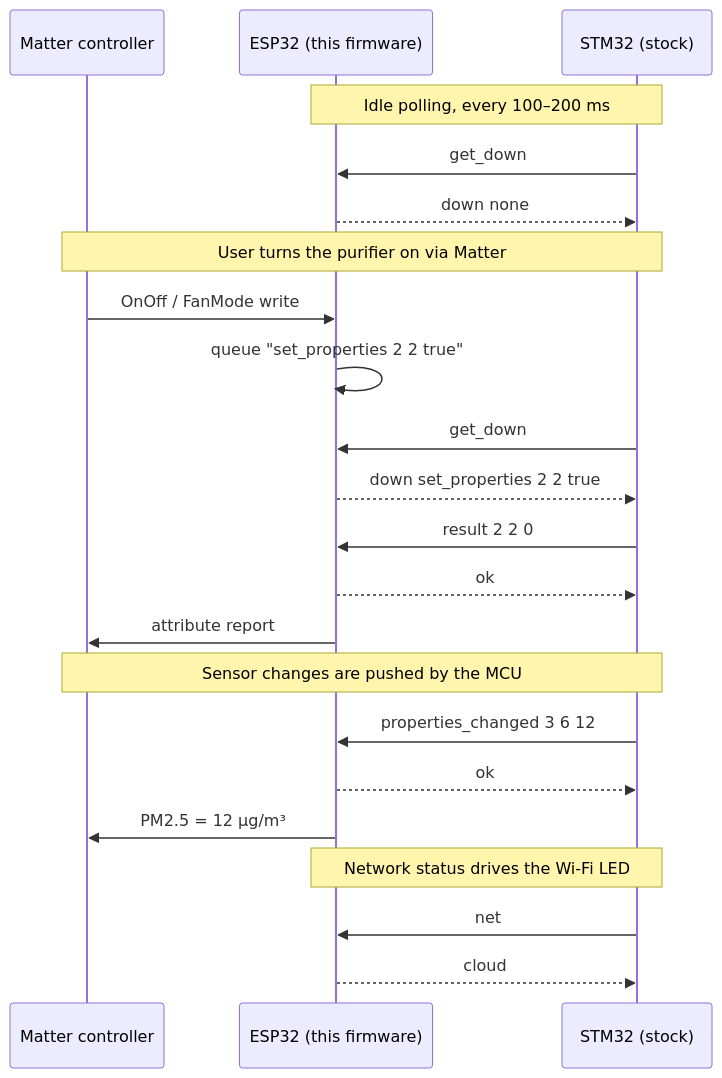
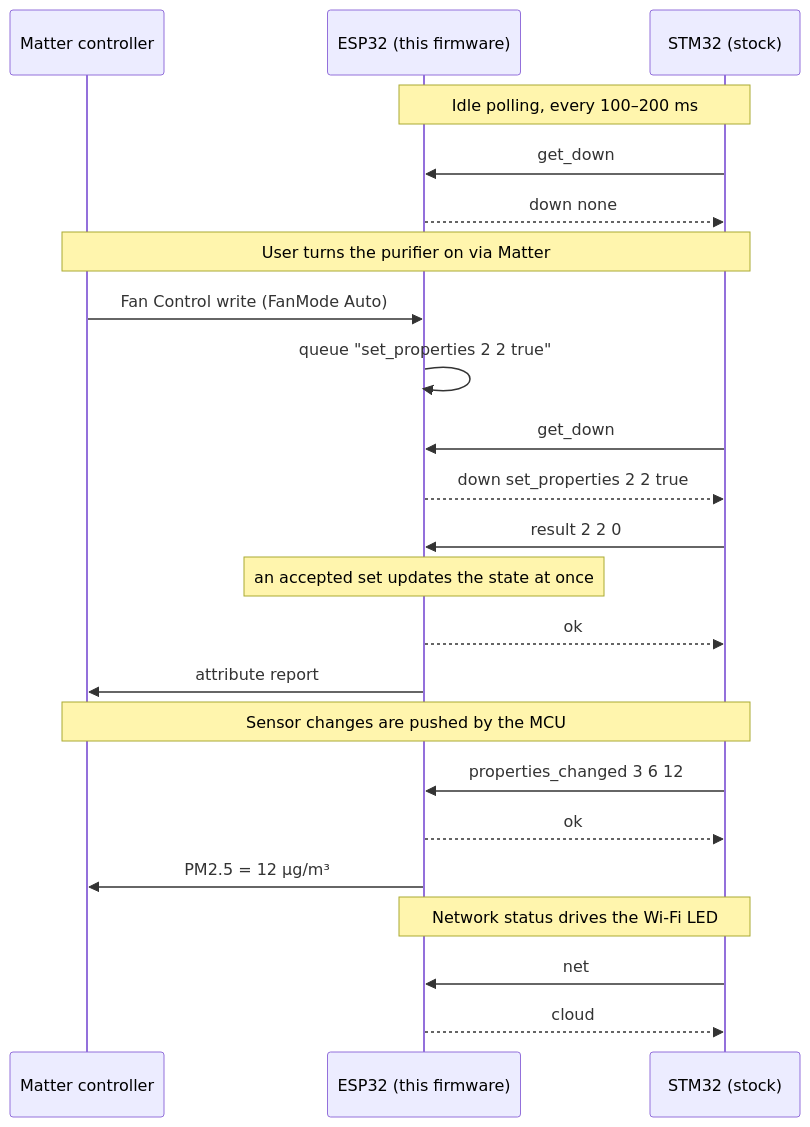
The second of 5 diagrams in README.md (psytraxx/esp32-xiaomi-air-purifier-matter), drawn with Mermaid before and after one commit. The commit also changed other lines of this file and 3 other files, not shown here.

````diff
--- a/README.md
+++ b/README.md
@@ -135,28 +136,29 @@
 ```mermaid
 sequenceDiagram
     participant C as Matter controller
     participant E as ESP32 (this firmware)
     participant M as STM32 (stock)
 
     Note over M,E: Idle polling, every 100–200 ms
     M->>E: get_down
     E-->>M: down none
 
     Note over C,M: User turns the purifier on via Matter
-    C->>E: OnOff / FanMode write
+    C->>E: Fan Control write (FanMode Auto)
     E->>E: queue "set_properties 2 2 true"
     M->>E: get_down
     E-->>M: down set_properties 2 2 true
     M->>E: result 2 2 0
+    Note over E: an accepted set updates the state at once
     E-->>M: ok
     E->>C: attribute report
 
     Note over M,C: Sensor changes are pushed by the MCU
     M->>E: properties_changed 3 6 12
     E-->>M: ok
     E->>C: PM2.5 = 12 µg/m³
 
     Note over M,E: Network status drives the Wi-Fi LED
     M->>E: net
     E-->>M: cloud
 ```
````
